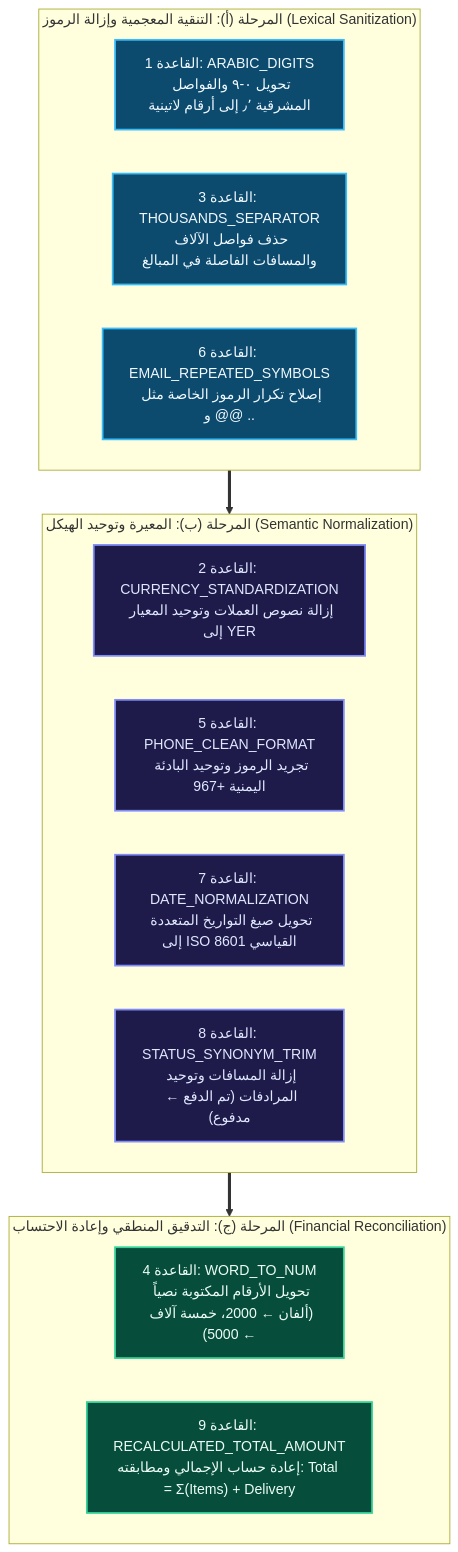
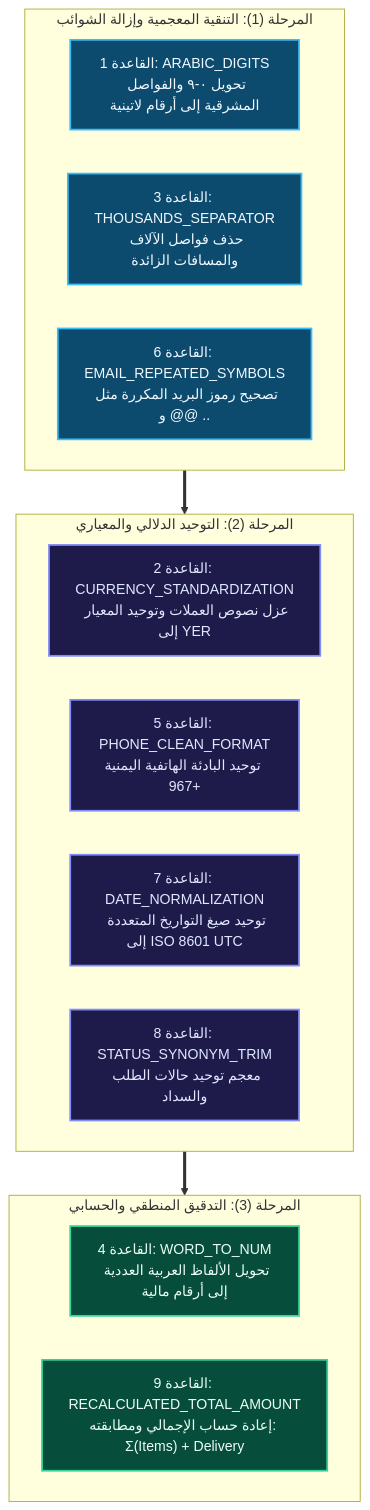
The third of 4 diagrams in README.md (maaajedlx-lang/midterm-data-pipeline), drawn with Mermaid before and after one commit. The commit also changed other lines of this file and 2 other files, not shown here.

Commit message:
docs: finalize comprehensive and unique README for phase 1 and phase 2

````diff
--- a/README.md
+++ b/README.md
@@ -172,27 +644,27 @@
 ```mermaid
 graph TD
     classDef stageA fill:#0c4a6e,stroke:#38bdf8,stroke-width:2px,color:#f0f9ff;
     classDef stageB fill:#1e1b4b,stroke:#818cf8,stroke-width:2px,color:#e0e7ff;
     classDef stageC fill:#064e3b,stroke:#34d399,stroke-width:2px,color:#ecfdf5;
 
-    subgraph STAGE_A [" المرحلة (أ): التنقية المعجمية وإزالة الرموز (Lexical Sanitization) "]
-        R1["القاعدة 1: ARABIC_DIGITS<br/>تحويل ٠-٩ والفواصل المشرقية ٫٬ إلى أرقام لاتينية"]:::stageA
-        R3["القاعدة 3: THOUSANDS_SEPARATOR<br/>حذف فواصل الآلاف والمسافات الفاصلة في المبالغ"]:::stageA
-        R6["القاعدة 6: EMAIL_REPEATED_SYMBOLS<br/>إصلاح تكرار الرموز الخاصة مثل @@ و .."]:::stageA
+    subgraph PHASE_A [" المرحلة (1): التنقية المعجمية وإزالة الشوائب "]
+        Q1["القاعدة 1: ARABIC_DIGITS<br/>تحويل ٠-٩ والفواصل المشرقية إلى أرقام لاتينية"]:::stageA
+        Q3["القاعدة 3: THOUSANDS_SEPARATOR<br/>حذف فواصل الآلاف والمسافات الزائدة"]:::stageA
+        Q6["القاعدة 6: EMAIL_REPEATED_SYMBOLS<br/>تصحيح رموز البريد المكررة مثل @@ و .."]:::stageA
     end
 
-    subgraph STAGE_B [" المرحلة (ب): المعيرة وتوحيد الهيكل (Semantic Normalization) "]
-        R2["القاعدة 2: CURRENCY_STANDARDIZATION<br/>إزالة نصوص العملات وتوحيد المعيار إلى YER"]:::stageB
-        R5["القاعدة 5: PHONE_CLEAN_FORMAT<br/>تجريد الرموز وتوحيد البادئة اليمنية +967"]:::stageB
-        R7["القاعدة 7: DATE_NORMALIZATION<br/>تحويل صيغ التواريخ المتعددة إلى ISO 8601 القياسي"]:::stageB
-        R8["القاعدة 8: STATUS_SYNONYM_TRIM<br/>إزالة المسافات وتوحيد المرادفات (تم الدفع ← مدفوع)"]:::stageB
+    subgraph PHASE_B [" المرحلة (2): التوحيد الدلالي والمعياري "]
+        Q2["القاعدة 2: CURRENCY_STANDARDIZATION<br/>عزل نصوص العملات وتوحيد المعيار إلى YER"]:::stageB
+        Q5["القاعدة 5: PHONE_CLEAN_FORMAT<br/>توحيد البادئة الهاتفية اليمنية +967"]:::stageB
+        Q7["القاعدة 7: DATE_NORMALIZATION<br/>توحيد صيغ التواريخ المتعددة إلى ISO 8601 UTC"]:::stageB
+        Q8["القاعدة 8: STATUS_SYNONYM_TRIM<br/>معجم توحيد حالات الطلب والسداد"]:::stageB
     end
 
-    subgraph STAGE_C [" المرحلة (ج): التدقيق المنطقي وإعادة الاحتساب (Financial Reconciliation) "]
-        R4["القاعدة 4: WORD_TO_NUM<br/>تحويل الأرقام المكتوبة نصياً (ألفان ← 2000، خمسة آلاف ← 5000)"]:::stageC
-        R9["القاعدة 9: RECALCULATED_TOTAL_AMOUNT<br/>إعادة حساب الإجمالي ومطابقته: Total = Σ(Items) + Delivery"]:::stageC
+    subgraph PHASE_C [" المرحلة (3): التدقيق المنطقي والحسابي "]
+        Q4["القاعدة 4: WORD_TO_NUM<br/>تحويل الألفاظ العربية العددية إلى أرقام مالية"]:::stageC
+        Q9["القاعدة 9: RECALCULATED_TOTAL_AMOUNT<br/>إعادة حساب الإجمالي ومطابقته: Σ(Items) + Delivery"]:::stageC
     end
 
-    STAGE_A ==> STAGE_B
-    STAGE_B ==> STAGE_C
+    PHASE_A ==> PHASE_B
+    PHASE_B ==> PHASE_C
 ```
````
